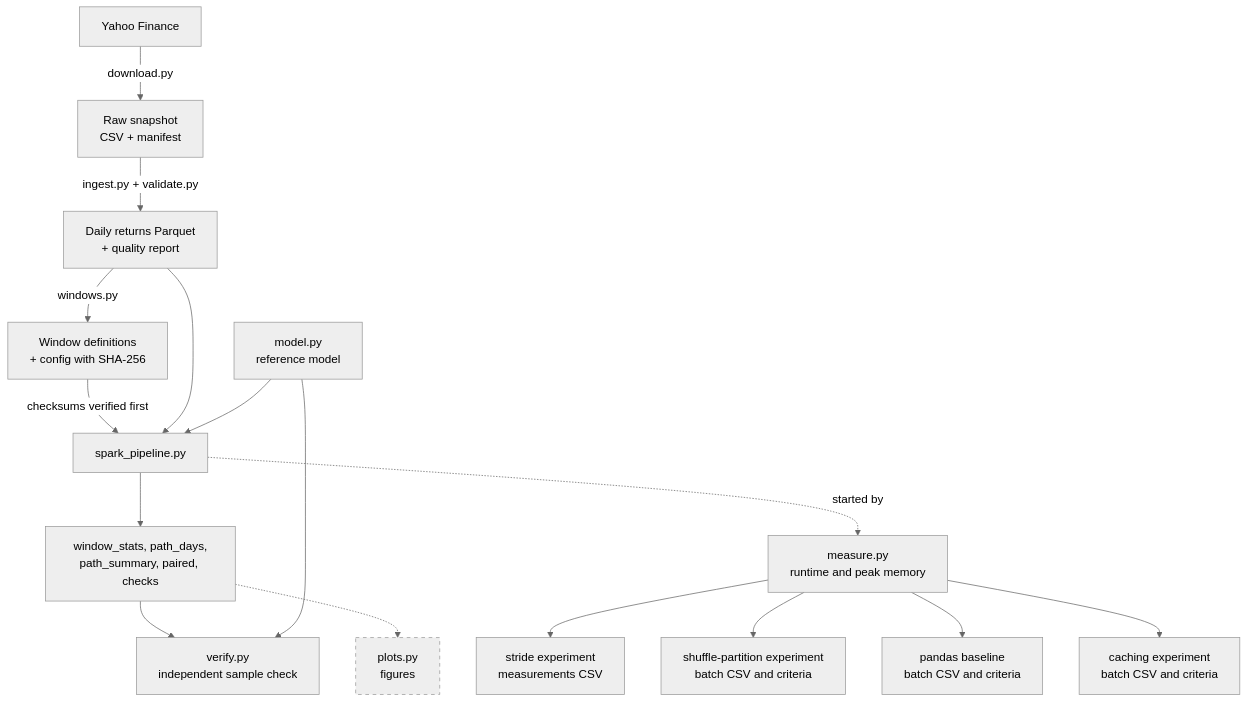
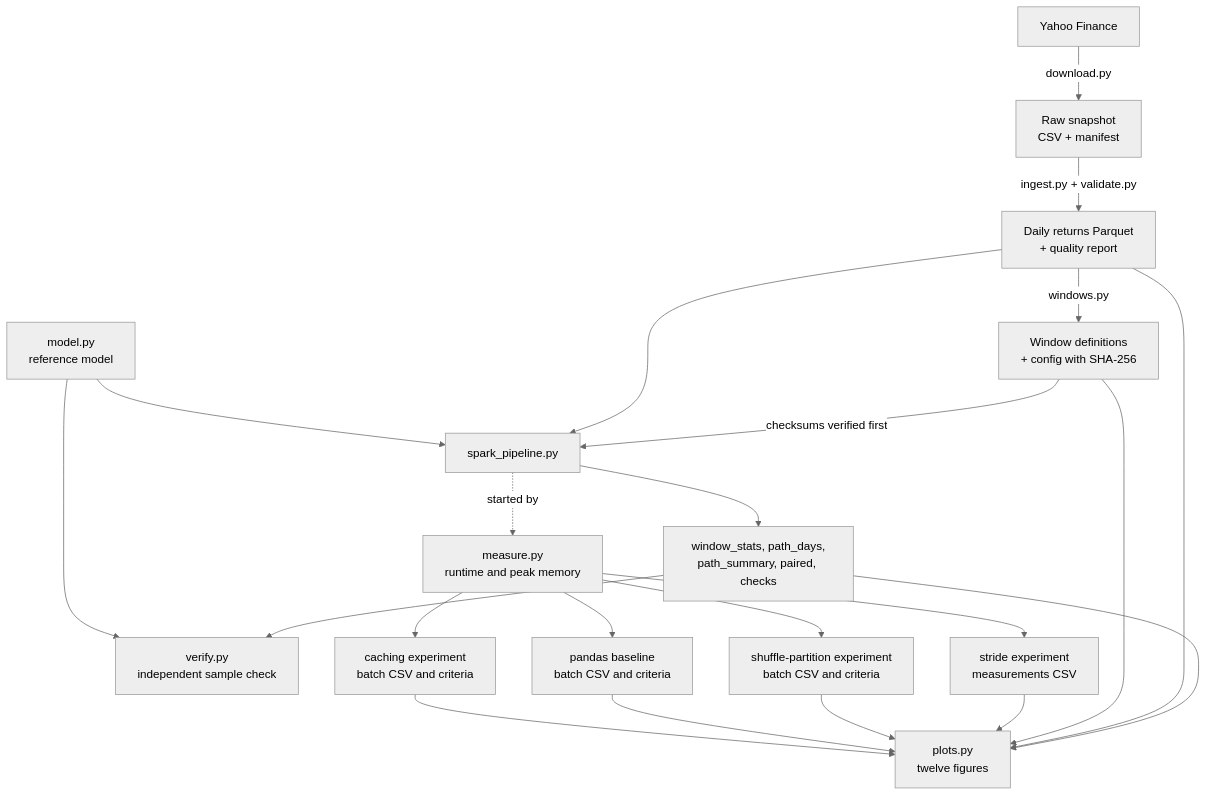
Before and after one commit to kelly-0111/leveraged-etf-risk-analytics: the first of 2 diagrams in docs/spec.md, drawn with Mermaid (neutral theme). The commit also changed other lines of this file and 1 other file, not shown here.

````diff
--- a/docs/spec.md
+++ b/docs/spec.md
@@ -190,20 +193,24 @@
 ```mermaid
 flowchart TD
     Y[Yahoo Finance] -->|download.py| R[Raw snapshot<br/>CSV + manifest]
     R -->|ingest.py + validate.py| P[Daily returns Parquet<br/>+ quality report]
     P -->|windows.py| W[Window definitions<br/>+ config with SHA-256]
     W -->|checksums verified first| S[spark_pipeline.py]
     P --> S
     M[model.py<br/>reference model] --> S
     S --> O[window_stats, path_days,<br/>path_summary, paired, checks]
     O --> V[verify.py<br/>independent sample check]
     M --> V
     S -.->|started by| B[measure.py<br/>runtime and peak memory]
     B --> E[stride experiment<br/>measurements CSV]
     B --> E2[shuffle-partition experiment<br/>batch CSV and criteria]
     B --> E3[pandas baseline<br/>batch CSV and criteria]
     B --> E4[caching experiment<br/>batch CSV and criteria]
-    O -.-> F[plots.py<br/>figures]
-    classDef planned stroke-dasharray: 5 5
-    class F planned
+    O --> F[plots.py<br/>twelve figures]
+    P --> F
+    W --> F
+    E --> F
+    E2 --> F
+    E3 --> F
+    E4 --> F
 ```
````
